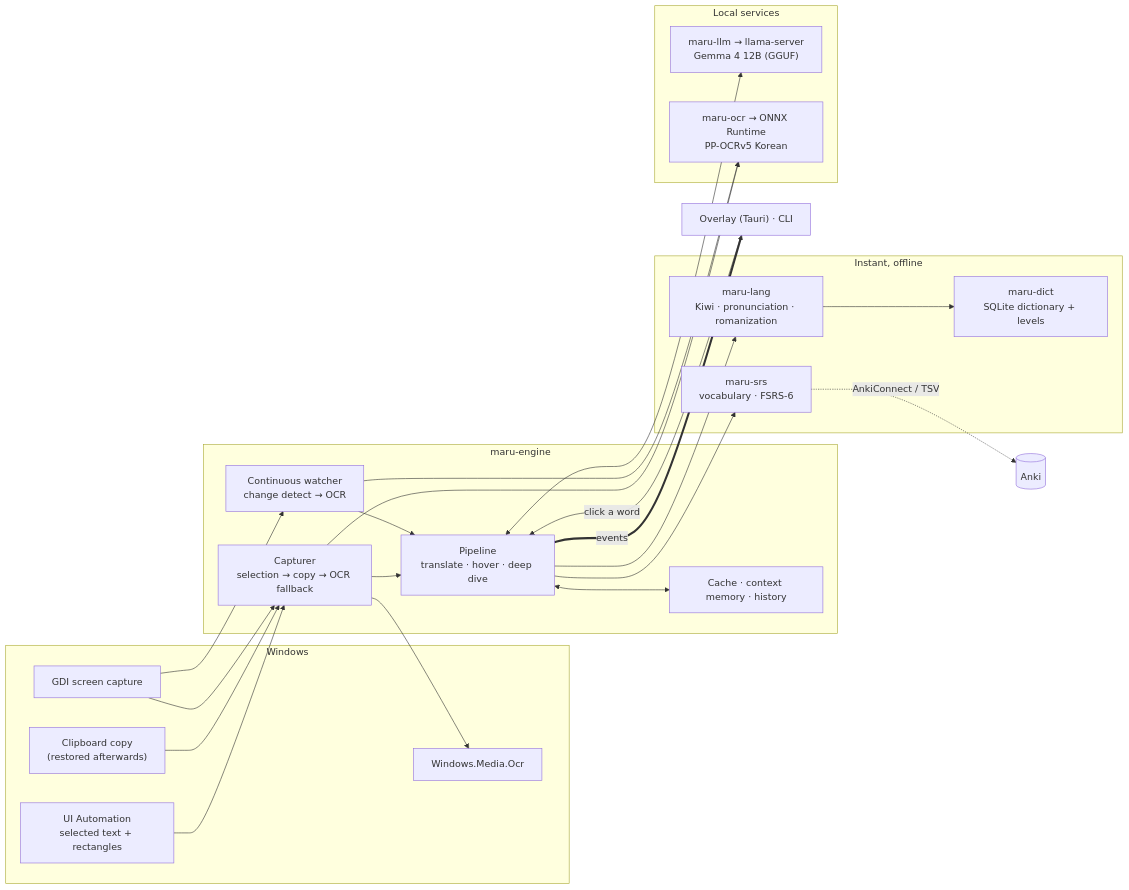
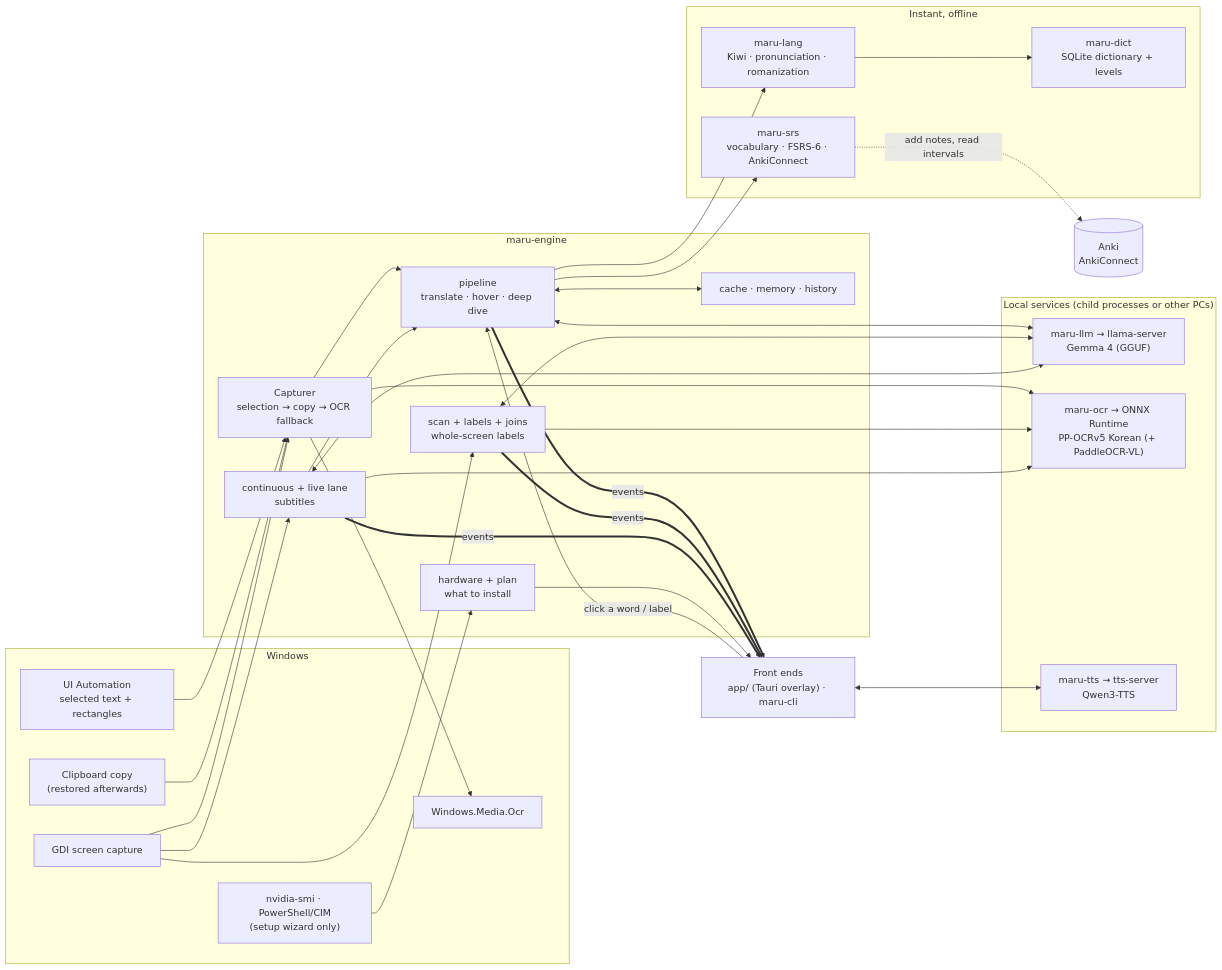
Before and after one commit to myussu/koreanOCR: the diagram in docs/ARCHITECTURE.md, drawn with Mermaid. The commit also changed other lines of this file and 4 other files, not shown here.

First line of the commit message:
Docs: architecture rewritten, agent guide, manual test list, README refreshed

````diff
--- a/docs/ARCHITECTURE.md
+++ b/docs/ARCHITECTURE.md
@@ -6,42 +14,56 @@
 ```mermaid
 flowchart LR
     subgraph OS["Windows"]
         UIA["UI Automation<br/>selected text + rectangles"]
         CB["Clipboard copy<br/>(restored afterwards)"]
         GDI["GDI screen capture"]
         WOCR["Windows.Media.Ocr"]
+        HW["nvidia-smi · PowerShell/CIM<br/>(setup wizard only)"]
     end
     subgraph Engine["maru-engine"]
         CAP["Capturer<br/>selection → copy → OCR fallback"]
-        PIPE["Pipeline<br/>translate · hover · deep dive"]
-        CACHE["Cache · context memory · history"]
-        CONT["Continuous watcher<br/>change detect → OCR"]
+        PIPE["pipeline<br/>translate · hover · deep dive"]
+        SCAN["scan + labels + joins<br/>whole-screen labels"]
+        LIVE["continuous + live lane<br/>subtitles"]
+        MEM["cache · memory · history"]
+        PLAN["hardware + plan<br/>what to install"]
     end
     subgraph Offline["Instant, offline"]
         LANG["maru-lang<br/>Kiwi · pronunciation · romanization"]
         DICT["maru-dict<br/>SQLite dictionary + levels"]
-        VOC["maru-srs<br/>vocabulary · FSRS-6"]
+        SRS["maru-srs<br/>vocabulary · FSRS-6 · AnkiConnect"]
     end
-    subgraph Local["Local services"]
-        LLM["maru-llm → llama-server<br/>Gemma 4 12B (GGUF)"]
-        PPOCR["maru-ocr → ONNX Runtime<br/>PP-OCRv5 Korean"]
+    subgraph Local["Local services (child processes or other PCs)"]
+        LLM["maru-llm → llama-server<br/>Gemma 4 (GGUF)"]
+        PPOCR["maru-ocr → ONNX Runtime<br/>PP-OCRv5 Korean (+ PaddleOCR-VL)"]
+        TTS["maru-tts → tts-server<br/>Qwen3-TTS"]
     end
-    UI["Overlay (Tauri) · CLI"]
+    FE["Front ends<br/>app/ (Tauri overlay) · maru-cli"]
+    ANKI[("Anki<br/>AnkiConnect")]
 
     UIA --> CAP
     CB --> CAP
     GDI --> CAP
-    GDI --> CONT
+    GDI --> SCAN
+    GDI --> LIVE
     CAP --> PPOCR
     CAP --> WOCR
-    CONT --> PPOCR
+    SCAN --> PPOCR
+    LIVE --> PPOCR
     CAP --> PIPE
-    CONT --> PIPE
+    LIVE --> PIPE
     PIPE --> LANG --> DICT
-    PIPE --> VOC
+    PIPE --> SRS
     PIPE <--> LLM
-    PIPE <--> CACHE
-    PIPE ==events==> UI
-    UI --click a word--> PIPE
-    VOC -. AnkiConnect / TSV .-> ANKI[(Anki)]
+    SCAN <--> LLM
+    LIVE <--> LLM
+    PIPE <--> MEM
+    SRS -. add notes, read intervals .-> ANKI
+    HW --> PLAN
+    PIPE == events ==> FE
+    SCAN == events ==> FE
+    LIVE == events ==> FE
+    FE -- click a word / label --> PIPE
+    FE <--> TTS
+    PLAN --> FE
 ```
````
